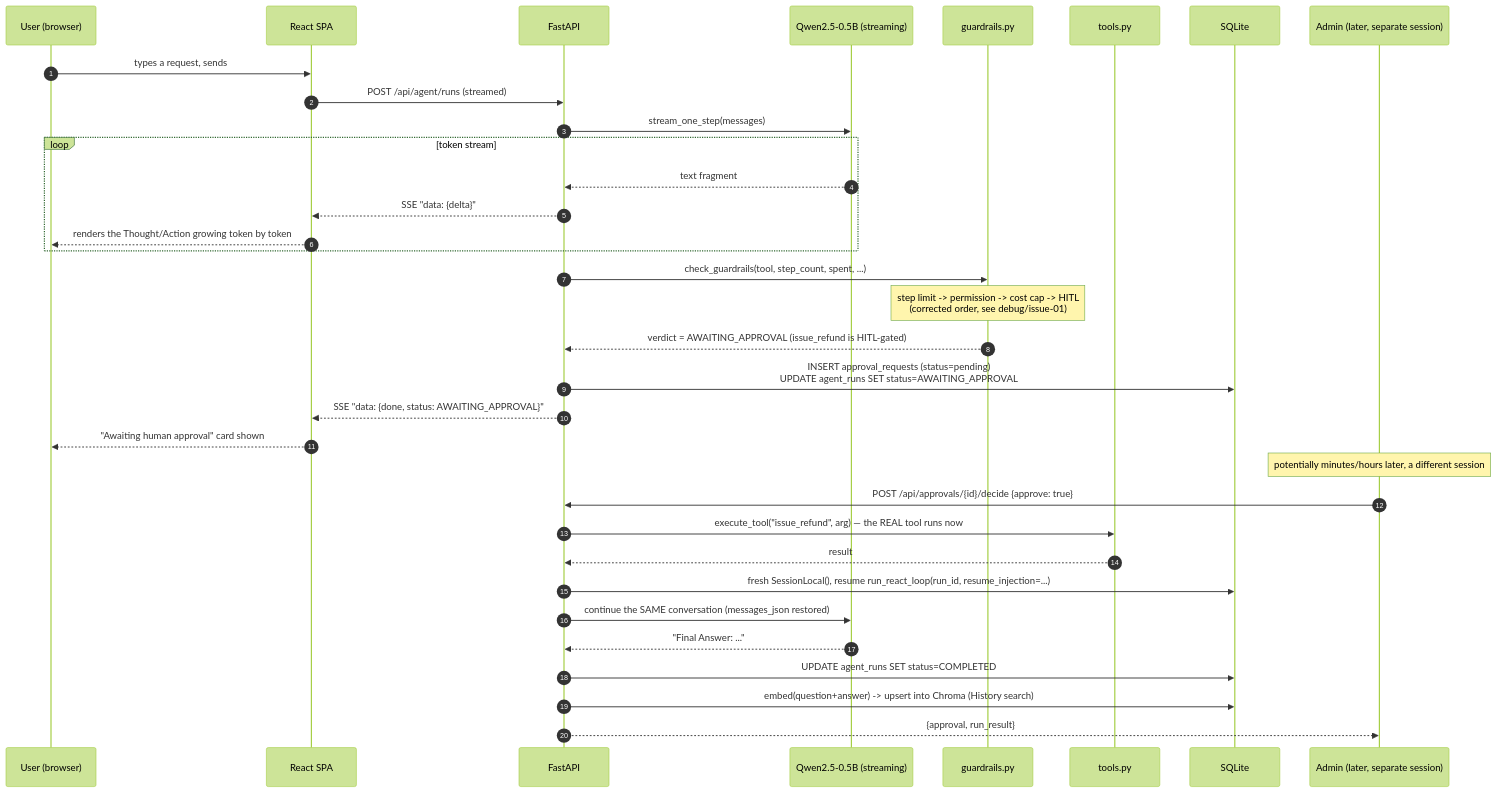
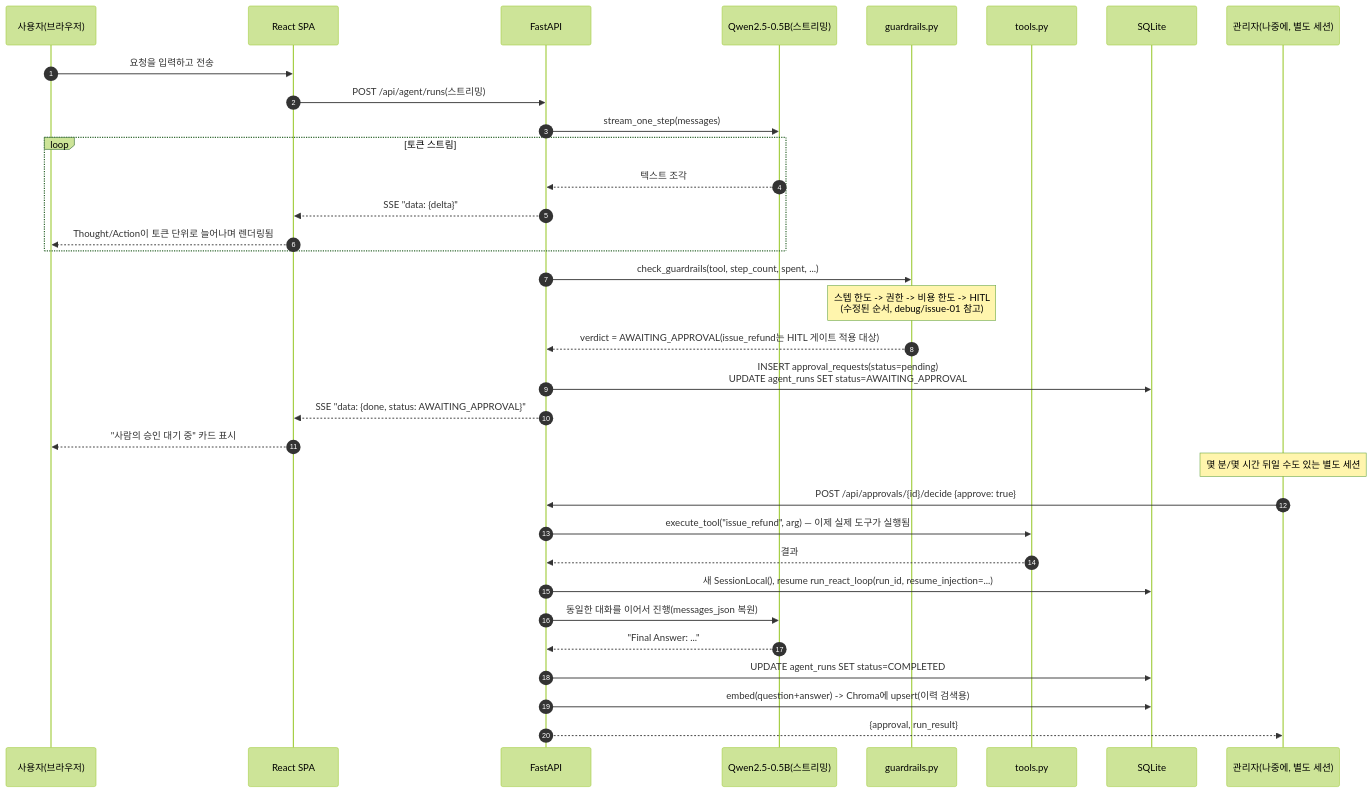
The second of 3 diagrams in week5_2/PoC/projects/cradle/architecture.ko.md (ShaunKim91/applied-ai-builds), drawn with Mermaid (forest theme) before and after one commit. The commit also changed other lines of this file and 80 other files, not shown here.

````diff
--- a/week5_2/PoC/projects/cradle/architecture.ko.md
+++ b/week5_2/PoC/projects/cradle/architecture.ko.md
@@ -125,38 +111,38 @@
 ```mermaid
 sequenceDiagram
     autonumber
-    participant U as User (browser)
+    participant U as 사용자(브라우저)
     participant FE as React SPA
     participant API as FastAPI
-    participant LLM as Qwen2.5-0.5B (streaming)
+    participant LLM as Qwen2.5-0.5B(스트리밍)
     participant G as guardrails.py
     participant T as tools.py
     participant DB as SQLite
-    participant A as Admin (later, separate session)
+    participant A as 관리자(나중에, 별도 세션)
 
-    U->>FE: types a request, sends
-    FE->>API: POST /api/agent/runs (streamed)
+    U->>FE: 요청을 입력하고 전송
+    FE->>API: POST /api/agent/runs(스트리밍)
     API->>LLM: stream_one_step(messages)
-    loop token stream
-        LLM-->>API: text fragment
+    loop 토큰 스트림
+        LLM-->>API: 텍스트 조각
         API-->>FE: SSE "data: {delta}"
-        FE-->>U: renders the Thought/Action growing token by token
+        FE-->>U: Thought/Action이 토큰 단위로 늘어나며 렌더링됨
     end
     API->>G: check_guardrails(tool, step_count, spent, ...)
-    Note over G: step limit -> permission -> cost cap -> HITL<br/>(corrected order, see debug/issue-01)
-    G-->>API: verdict = AWAITING_APPROVAL (issue_refund is HITL-gated)
-    API->>DB: INSERT approval_requests (status=pending)<br/>UPDATE agent_runs SET status=AWAITING_APPROVAL
+    Note over G: 스텝 한도 -> 권한 -> 비용 한도 -> HITL<br/>(수정된 순서, debug/issue-01 참고)
+    G-->>API: verdict = AWAITING_APPROVAL(issue_refund는 HITL 게이트 적용 대상)
+    API->>DB: INSERT approval_requests(status=pending)<br/>UPDATE agent_runs SET status=AWAITING_APPROVAL
     API-->>FE: SSE "data: {done, status: AWAITING_APPROVAL}"
-    FE-->>U: "Awaiting human approval" card shown
+    FE-->>U: "사람의 승인 대기 중" 카드 표시
 
-    Note over A: potentially minutes/hours later, a different session
+    Note over A: 몇 분/몇 시간 뒤일 수도 있는 별도 세션
     A->>API: POST /api/approvals/{id}/decide {approve: true}
-    API->>T: execute_tool("issue_refund", arg) — the REAL tool runs now
-    T-->>API: result
-    API->>DB: fresh SessionLocal(), resume run_react_loop(run_id, resume_injection=...)
-    API->>LLM: continue the SAME conversation (messages_json restored)
+    API->>T: execute_tool("issue_refund", arg) — 이제 실제 도구가 실행됨
+    T-->>API: 결과
+    API->>DB: 새 SessionLocal(), resume run_react_loop(run_id, resume_injection=...)
+    API->>LLM: 동일한 대화를 이어서 진행(messages_json 복원)
     LLM-->>API: "Final Answer: ..."
     API->>DB: UPDATE agent_runs SET status=COMPLETED
-    API->>DB: embed(question+answer) -> upsert into Chroma (History search)
+    API->>DB: embed(question+answer) -> Chroma에 upsert(이력 검색용)
     API-->>A: {approval, run_result}
 ```
````
